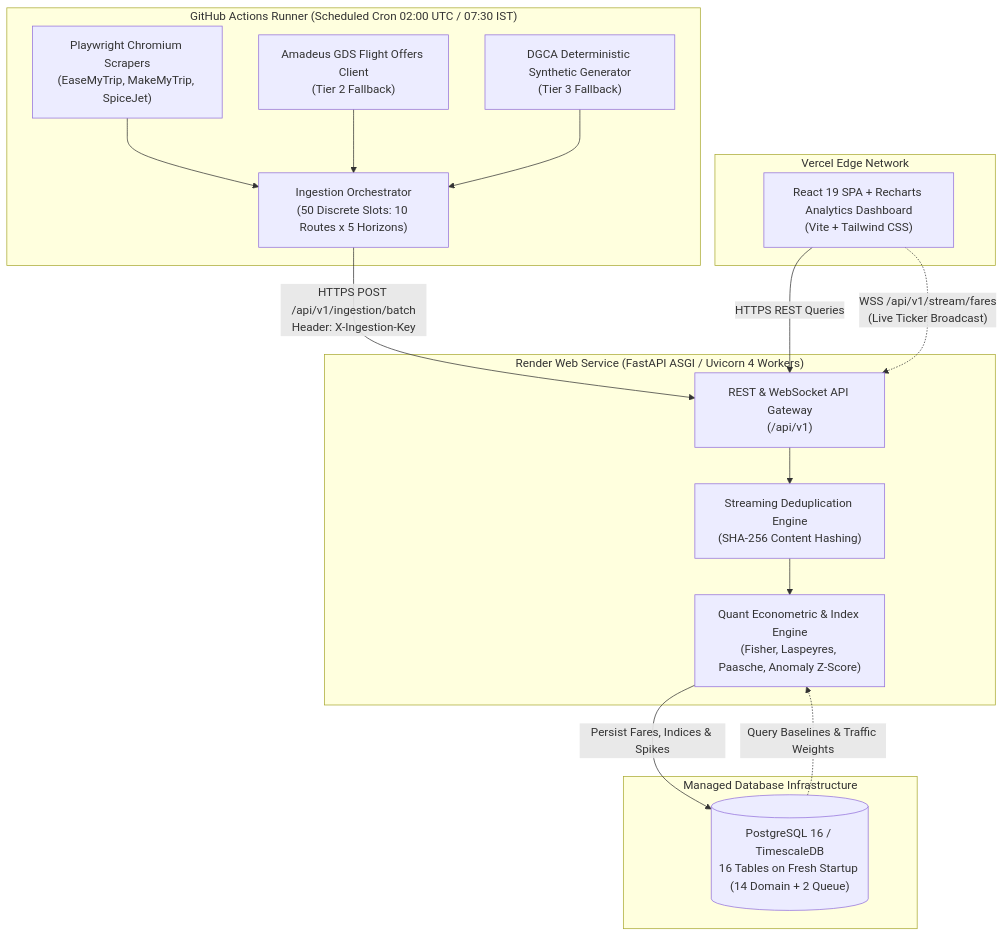
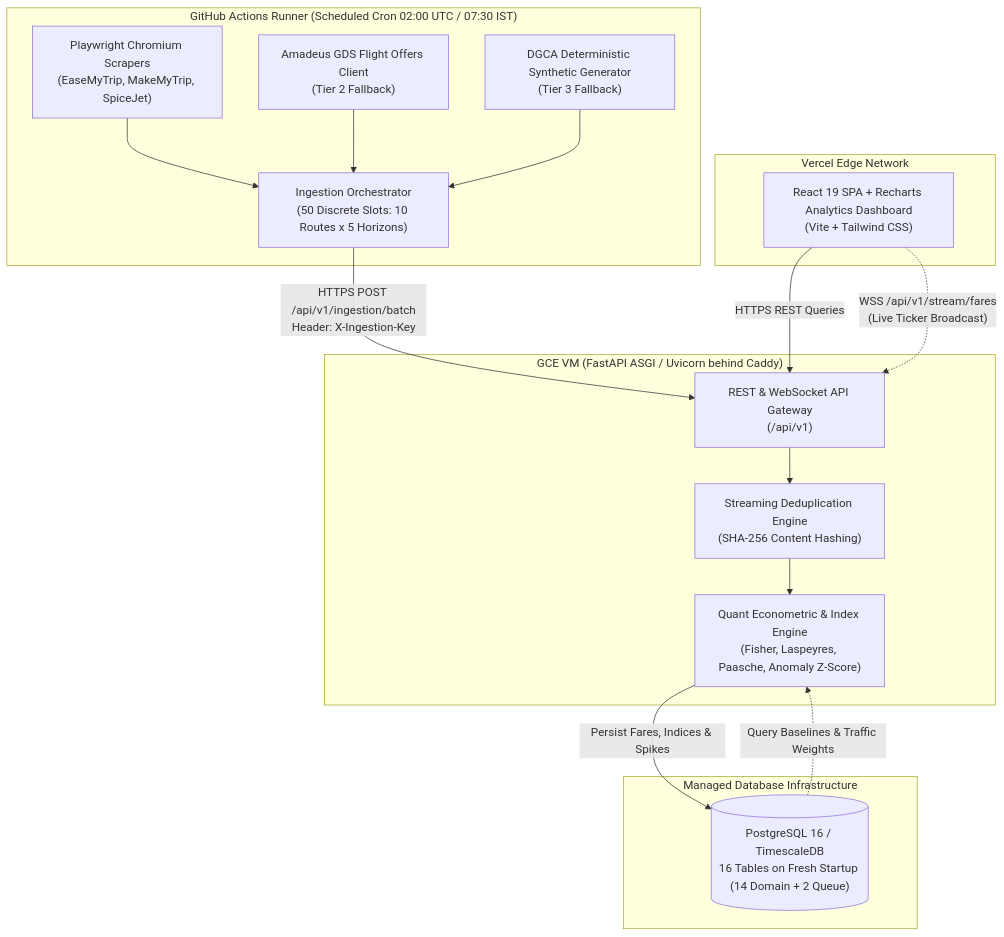
The first of 2 diagrams in docs/deployment.md (SameerKumar05/APIx), drawn with Mermaid before and after one commit. The commit also changed other lines of this file and 10 other files, not shown here.

First line of the commit message:
docs: align every deployment and architecture claim with the code

````diff
--- a/docs/deployment.md
+++ b/docs/deployment.md
@@ -27,34 +42,34 @@
 ```mermaid
 flowchart TD
     subgraph Ingestion["GitHub Actions Runner (Scheduled Cron 02:00 UTC / 07:30 IST)"]
         Scraper["Playwright Chromium Scrapers<br/>(EaseMyTrip, MakeMyTrip, SpiceJet)"]
         GDS["Amadeus GDS Flight Offers Client<br/>(Tier 2 Fallback)"]
         Synthetic["DGCA Deterministic Synthetic Generator<br/>(Tier 3 Fallback)"]
         Orch["Ingestion Orchestrator<br/>(50 Discrete Slots: 10 Routes x 5 Horizons)"]
         Scraper --> Orch
         GDS --> Orch
         Synthetic --> Orch
     end
 
-    subgraph Backend["Render Web Service (FastAPI ASGI / Uvicorn 4 Workers)"]
+    subgraph Backend["GCE VM (FastAPI ASGI / Uvicorn behind Caddy)"]
         API["REST & WebSocket API Gateway<br/>(/api/v1)"]
         Dedup["Streaming Deduplication Engine<br/>(SHA-256 Content Hashing)"]
         Quant["Quant Econometric & Index Engine<br/>(Fisher, Laspeyres, Paasche, Anomaly Z-Score)"]
         API --> Dedup
         Dedup --> Quant
     end
 
     subgraph Database["Managed Database Infrastructure"]
         DB[("PostgreSQL 16 / TimescaleDB<br/>16 Tables on Fresh Startup (14 Domain + 2 Queue)")]
     end
 
     subgraph Edge["Vercel Edge Network"]
         UI["React 19 SPA + Recharts Analytics Dashboard<br/>(Vite + Tailwind CSS)"]
     end
 
     Orch -->|"HTTPS POST /api/v1/ingestion/batch<br/>Header: X-Ingestion-Key"| API
     Quant -->|"Persist Fares, Indices & Spikes"| DB
     DB -.->|"Query Baselines & Traffic Weights"| Quant
     UI -->|"HTTPS REST Queries"| API
     UI -.->|"WSS /api/v1/stream/fares<br/>(Live Ticker Broadcast)"| API
 ```
````
